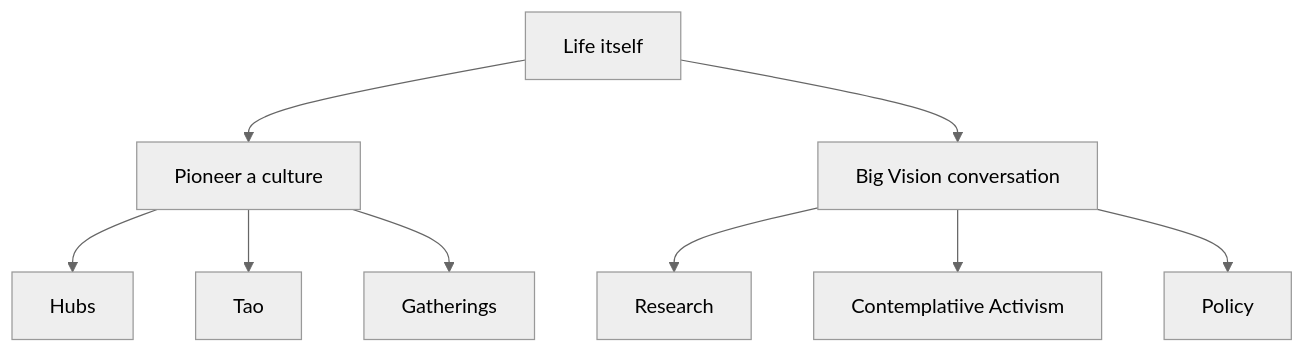
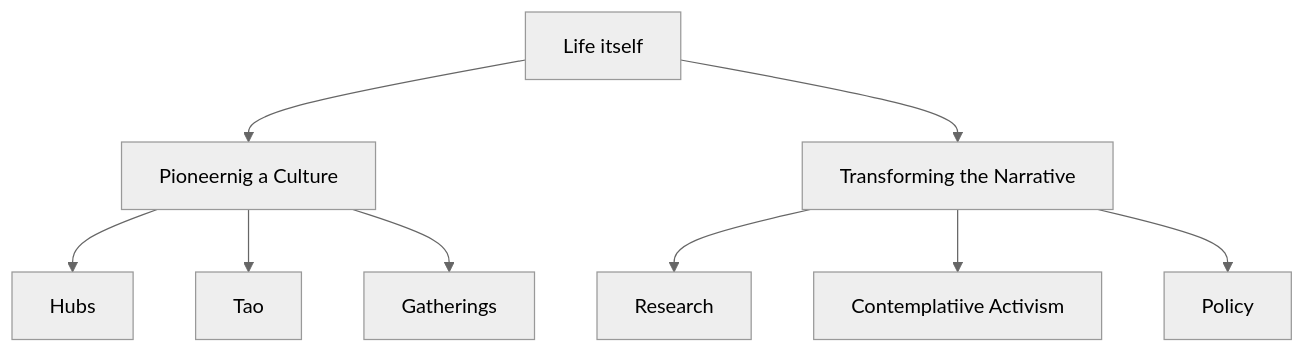
One commit to life-itself/tao changed the first of 2 diagrams in plans/README.md. Above: the diagram before and after it, drawn with Mermaid (neutral theme). The commit also changed other lines of this file, not shown here.

````diff
--- a/plans/README.md
+++ b/plans/README.md
@@ -44,15 +44,15 @@
 ```mermaid
 graph TD
 
 li[Life itself]
-li --> pioneer[Pioneer a culture]
-li --> bigvision["Big Vision conversation"]
+li --> pioneer[Pioneernig a Culture]
+li --> bigvision["Transforming the Narrative"]
 
 pioneer --> hubs[Hubs]
 pioneer --> tao[Tao]
 pioneer --> gatherings[Gatherings]
 
 bigvision --> research[Research]
 bigvision --> ca[Contemplatiive Activism]
 bigvision --> policy[Policy]
 ```
````
